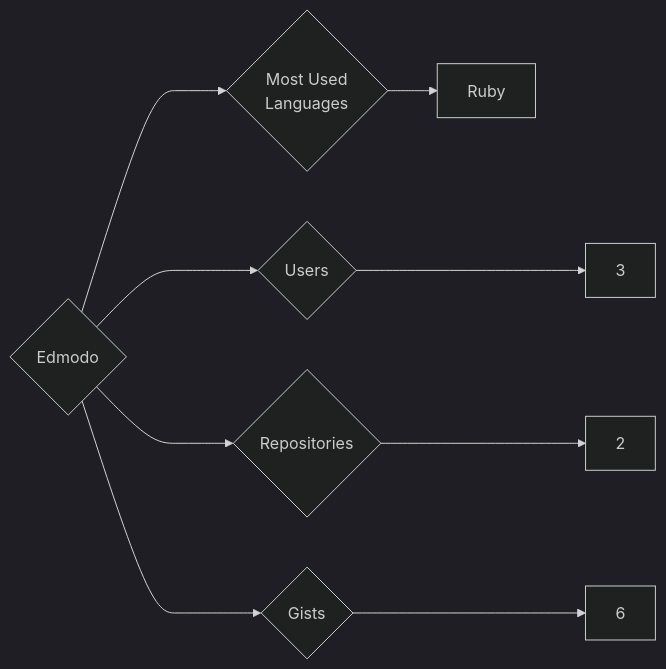
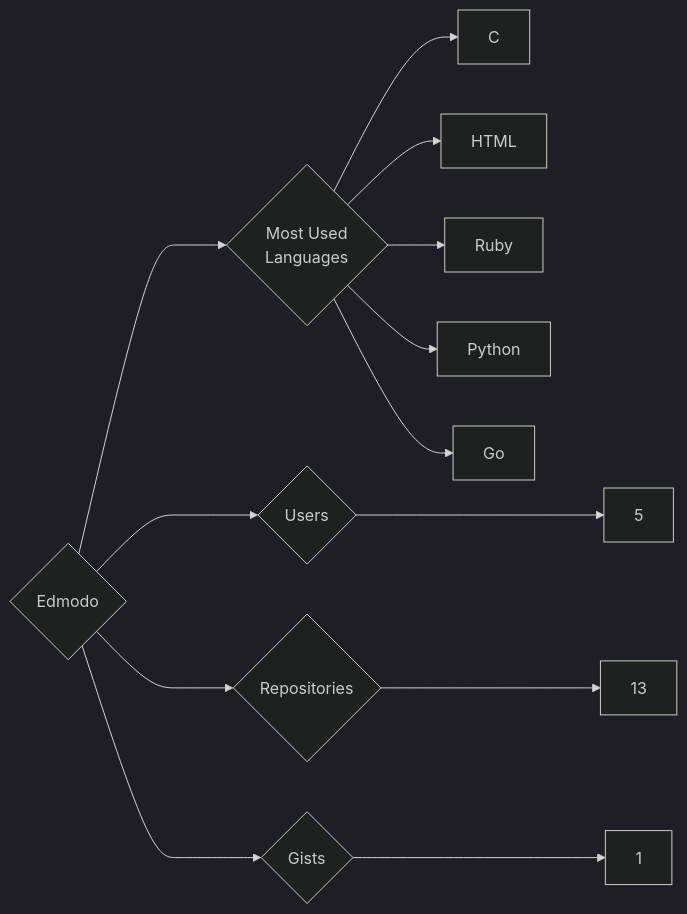
The diagram in targets/Edmodo/README.md (trickest/insiders), drawn with Mermaid (dark theme) before and after one commit. The commit also changed 895 other files, not shown here.

````diff
--- a/targets/Edmodo/README.md
+++ b/targets/Edmodo/README.md
@@ -3,9 +3,13 @@
 ```mermaid
 graph LR
 COMPANY_NAME{Edmodo}
-COMPANY_NAME ---> U{Users} ---> UN[3]
-COMPANY_NAME ---> R{Repositories} ---> RN[2]
-COMPANY_NAME ---> G{Gists} ---> GN[6]
+COMPANY_NAME ---> U{Users} ---> UN[5]
+COMPANY_NAME ---> R{Repositories} ---> RN[13]
+COMPANY_NAME ---> G{Gists} ---> GN[1]
 COMPANY_NAME ---> ML{Most Used<br>Languages}
+ML --> C[C]
+ML --> HTML[HTML]
 ML --> Ruby[Ruby]
+ML --> Python[Python]
+ML --> Go[Go]
 ```
````
